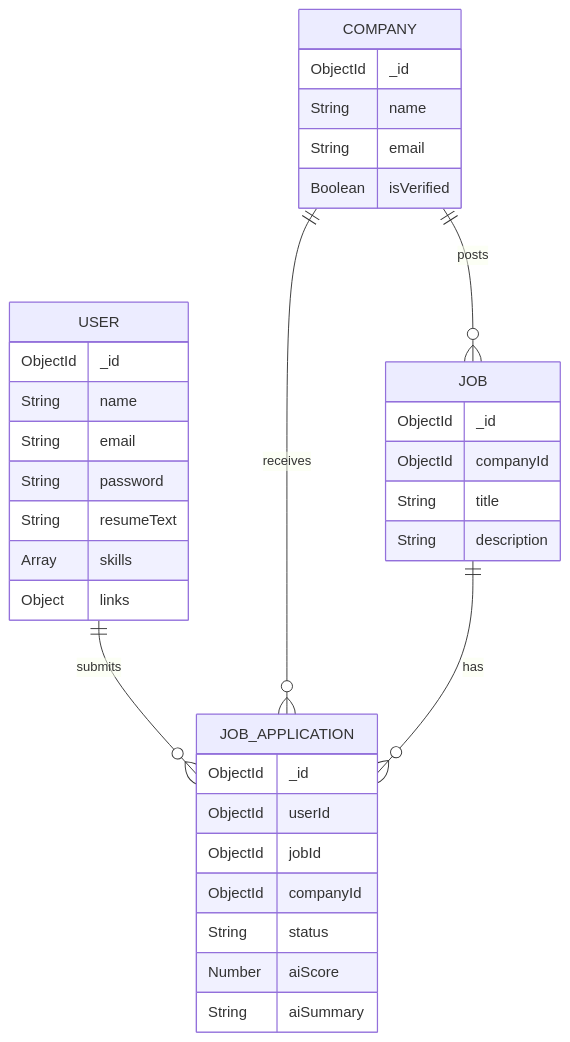
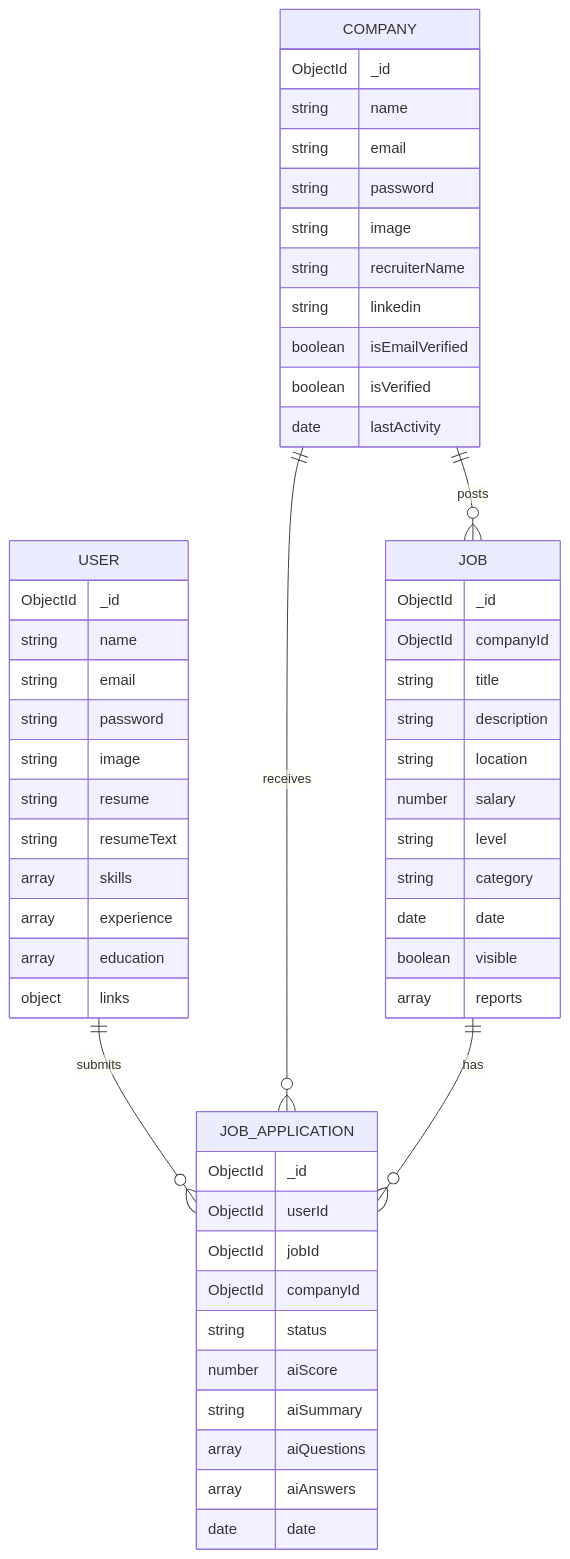
One commit to SarthakDudhe/InsiderJobs changed the third of 3 diagrams in README.md. Above: the diagram before and after it, drawn with Mermaid. The commit also changed other lines of this file, not shown here.

````diff
--- a/README.md
+++ b/README.md
@@ -156,38 +397,58 @@
 ```mermaid
 erDiagram
     USER ||--o{ JOB_APPLICATION : submits
     COMPANY ||--o{ JOB : posts
     COMPANY ||--o{ JOB_APPLICATION : receives
     JOB ||--o{ JOB_APPLICATION : has
 
     USER {
         ObjectId _id
-        String name
-        String email
-        String password
-        String resumeText
-        Array skills
-        Object links
+        string name
+        string email
+        string password
+        string image
+        string resume
+        string resumeText
+        array skills
+        array experience
+        array education
+        object links
     }
     COMPANY {
         ObjectId _id
-        String name
-        String email
-        Boolean isVerified
+        string name
+        string email
+        string password
+        string image
+        string recruiterName
+        string linkedin
+        boolean isEmailVerified
+        boolean isVerified
+        date lastActivity
     }
     JOB {
         ObjectId _id
         ObjectId companyId
-        String title
-        String description
+        string title
+        string description
+        string location
+        number salary
+        string level
+        string category
+        date date
+        boolean visible
+        array reports
     }
     JOB_APPLICATION {
         ObjectId _id
         ObjectId userId
         ObjectId jobId
         ObjectId companyId
-        String status
-        Number aiScore
-        String aiSummary
+        string status
+        number aiScore
+        string aiSummary
+        array aiQuestions
+        array aiAnswers
+        date date
     }
 ```
````
